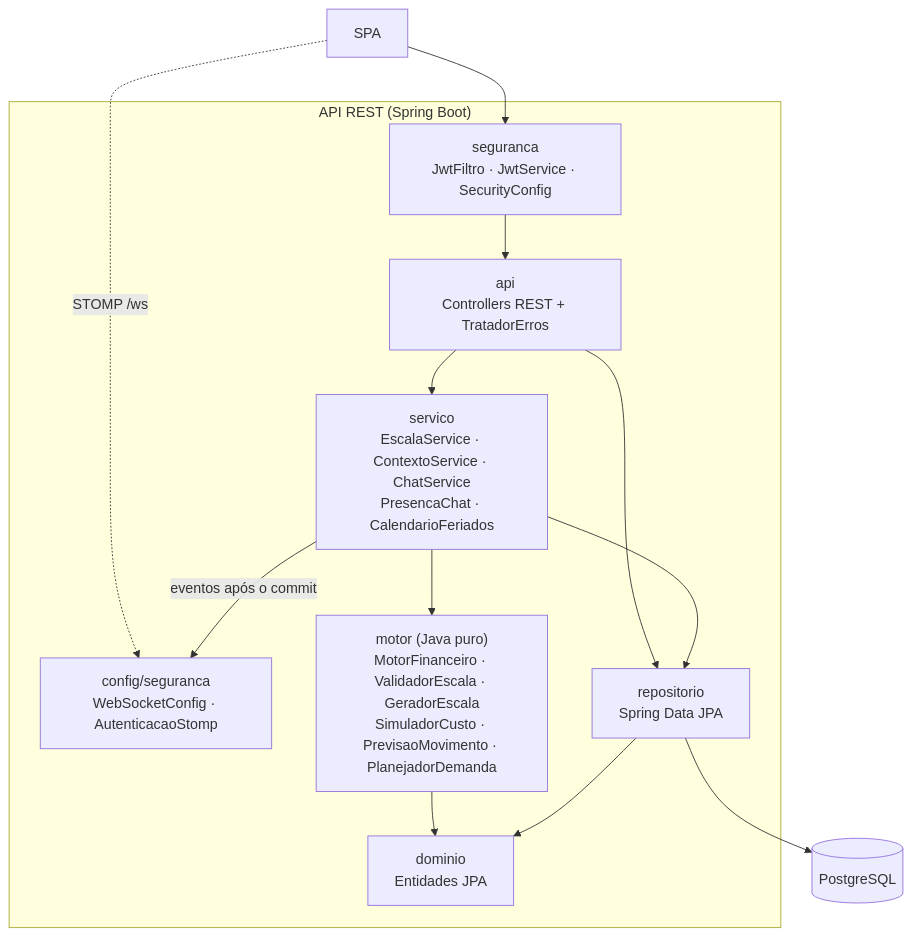
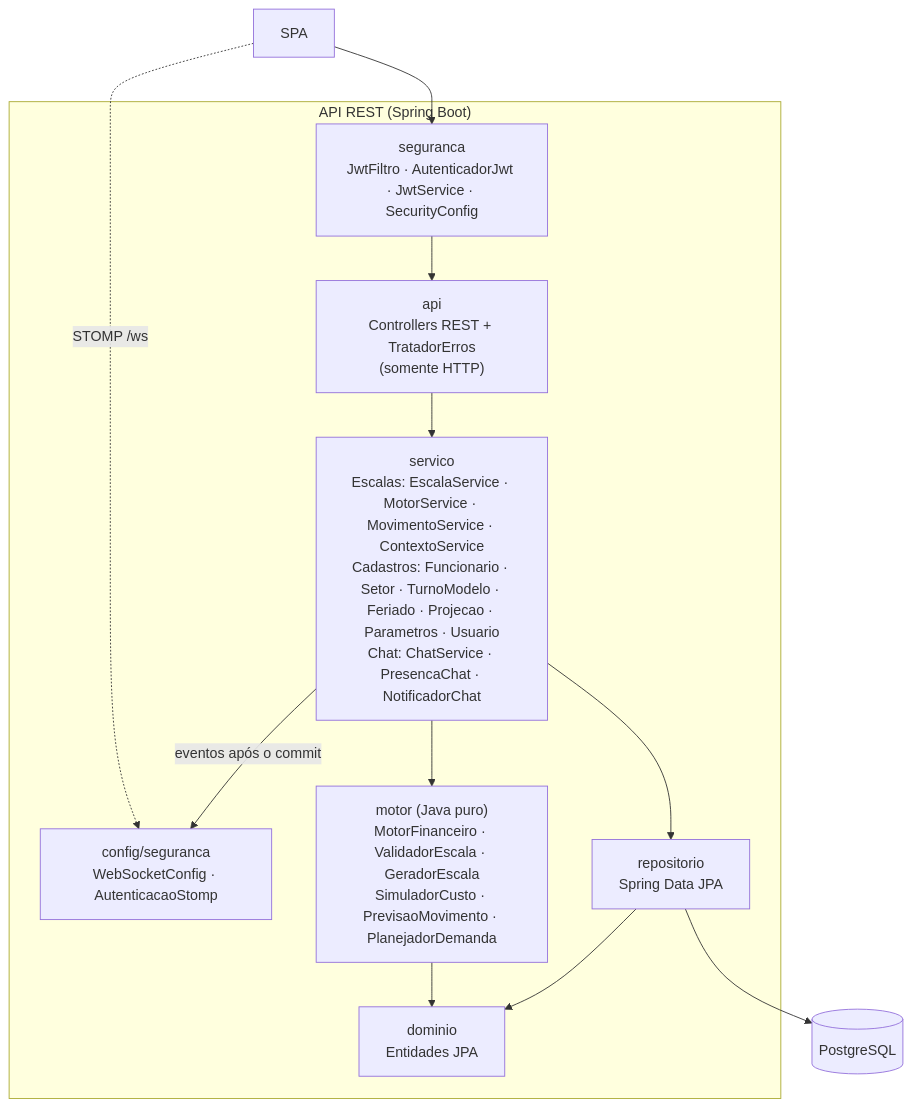
Before and after one commit to GabrielCoelhom12/TCC-MERCADO-COELHO: the third of 4 diagrams in docs/arquitetura.md, drawn with Mermaid. The commit also changed other lines of this file and 41 other files, not shown here.

````diff
--- a/docs/arquitetura.md
+++ b/docs/arquitetura.md
@@ -46,27 +46,26 @@
 ```mermaid
 flowchart TB
     spa["SPA"]
 
     subgraph api["API REST (Spring Boot)"]
-        seg["seguranca<br/>JwtFiltro · JwtService · SecurityConfig"]
-        ctrl["api<br/>Controllers REST + TratadorErros"]
-        serv["servico<br/>EscalaService · ContextoService · ChatService<br/>PresencaChat · CalendarioFeriados"]
+        seg["seguranca<br/>JwtFiltro · AutenticadorJwt · JwtService · SecurityConfig"]
+        ctrl["api<br/>Controllers REST + TratadorErros<br/>(somente HTTP)"]
+        serv["servico<br/>Escalas: EscalaService · MotorService · MovimentoService · ContextoService<br/>Cadastros: Funcionario · Setor · TurnoModelo · Feriado · Projecao · Parametros · Usuario<br/>Chat: ChatService · PresencaChat · NotificadorChat"]
         ws["config/seguranca<br/>WebSocketConfig · AutenticacaoStomp"]
         motor["motor (Java puro)<br/>MotorFinanceiro · ValidadorEscala · GeradorEscala<br/>SimuladorCusto · PrevisaoMovimento · PlanejadorDemanda"]
         repo["repositorio<br/>Spring Data JPA"]
         dom["dominio<br/>Entidades JPA"]
     end
 
     db[("PostgreSQL")]
 
     spa --> seg --> ctrl
     spa -. "STOMP /ws" .-> ws
     serv -- "eventos após o commit" --> ws
     ctrl --> serv
-    ctrl --> repo
     serv --> motor
     serv --> repo
     motor --> dom
     repo --> dom
     repo --> db
 ```
````
